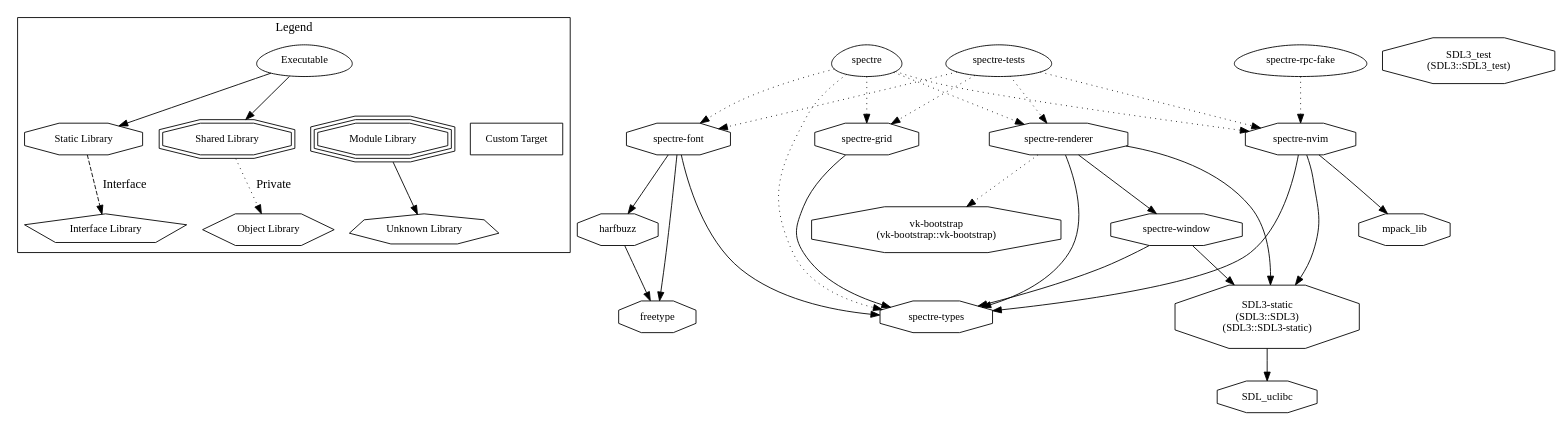
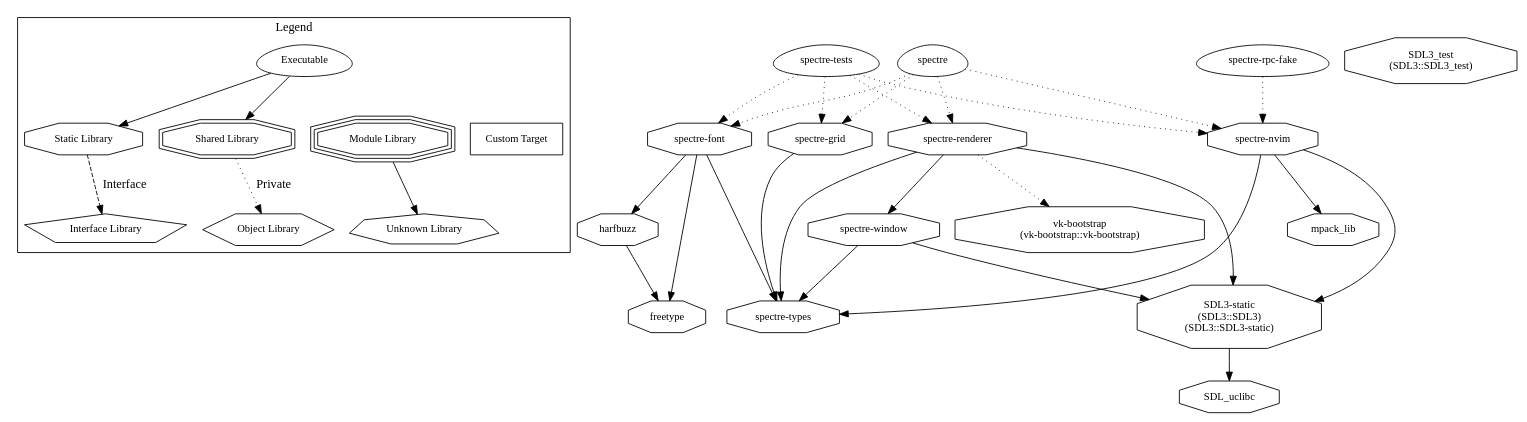
One commit to cmaughan/MegaCityCode changed the diagram in docs/deps/deps.dot. Above: the diagram before and after it, drawn with Graphviz. The commit also changed 1276 other files, not shown here.

```diff
--- a/docs/deps/deps.dot
+++ b/docs/deps/deps.dot
@@ -1,66 +1,65 @@
 digraph "spectre" {
 node [
   fontsize = "12"
 ];
 subgraph clusterLegend {
   label = "Legend";
   color = black;
   edge [ style = invis ];
   legendNode0 [ label = "Executable", shape = egg ];
   legendNode1 [ label = "Static Library", shape = octagon ];
   legendNode2 [ label = "Shared Library", shape = doubleoctagon ];
   legendNode3 [ label = "Module Library", shape = tripleoctagon ];
   legendNode4 [ label = "Interface Library", shape = pentagon ];
   legendNode5 [ label = "Object Library", shape = hexagon ];
   legendNode6 [ label = "Unknown Library", shape = septagon ];
   legendNode7 [ label = "Custom Target", shape = box ];
   legendNode0 -> legendNode1 [ style = solid ];
   legendNode0 -> legendNode2 [ style = solid ];
   legendNode0 -> legendNode3;
   legendNode1 -> legendNode4 [ label = "Interface", style = dashed ];
   legendNode2 -> legendNode5 [ label = "Private", style = dotted ];
   legendNode3 -> legendNode6 [ style = solid ];
   legendNode0 -> legendNode7;
 }
     "node0" [ label = "SDL3-static\n(SDL3::SDL3)\n(SDL3::SDL3-static)", shape = octagon ];
     "node1" [ label = "SDL_uclibc", shape = octagon ];
     "node0" -> "node1"  // SDL3-static -> SDL_uclibc
     "node2" [ label = "SDL3_test\n(SDL3::SDL3_test)", shape = octagon ];
     "node3" [ label = "freetype", shape = octagon ];
     "node4" [ label = "harfbuzz", shape = octagon ];
     "node4" -> "node3"  // harfbuzz -> freetype
     "node5" [ label = "mpack_lib", shape = octagon ];
     "node6" [ label = "spectre", shape = egg ];
     "node7" [ label = "spectre-font", shape = octagon ];
     "node7" -> "node3"  // spectre-font -> freetype
     "node7" -> "node4"  // spectre-font -> harfbuzz
     "node8" [ label = "spectre-types", shape = octagon ];
     "node7" -> "node8"  // spectre-font -> spectre-types
     "node6" -> "node7" [ style = dotted ] // spectre -> spectre-font
     "node9" [ label = "spectre-grid", shape = octagon ];
     "node9" -> "node8"  // spectre-grid -> spectre-types
     "node6" -> "node9" [ style = dotted ] // spectre -> spectre-grid
     "node10" [ label = "spectre-nvim", shape = octagon ];
     "node10" -> "node0"  // spectre-nvim -> SDL3-static
     "node10" -> "node5"  // spectre-nvim -> mpack_lib
     "node10" -> "node8"  // spectre-nvim -> spectre-types
     "node6" -> "node10" [ style = dotted ] // spectre -> spectre-nvim
     "node11" [ label = "spectre-renderer", shape = octagon ];
     "node11" -> "node0"  // spectre-renderer -> SDL3-static
     "node11" -> "node8"  // spectre-renderer -> spectre-types
     "node12" [ label = "spectre-window", shape = octagon ];
     "node12" -> "node0"  // spectre-window -> SDL3-static
     "node12" -> "node8"  // spectre-window -> spectre-types
     "node11" -> "node12"  // spectre-renderer -> spectre-window
     "node13" [ label = "vk-bootstrap\n(vk-bootstrap::vk-bootstrap)", shape = octagon ];
     "node11" -> "node13" [ style = dotted ] // spectre-renderer -> vk-bootstrap
     "node6" -> "node11" [ style = dotted ] // spectre -> spectre-renderer
-    "node6" -> "node8" [ style = dotted ] // spectre -> spectre-types
     "node14" [ label = "spectre-rpc-fake", shape = egg ];
     "node14" -> "node10" [ style = dotted ] // spectre-rpc-fake -> spectre-nvim
     "node15" [ label = "spectre-tests", shape = egg ];
     "node15" -> "node7" [ style = dotted ] // spectre-tests -> spectre-font
     "node15" -> "node9" [ style = dotted ] // spectre-tests -> spectre-grid
     "node15" -> "node10" [ style = dotted ] // spectre-tests -> spectre-nvim
     "node15" -> "node11" [ style = dotted ] // spectre-tests -> spectre-renderer
 }
```
